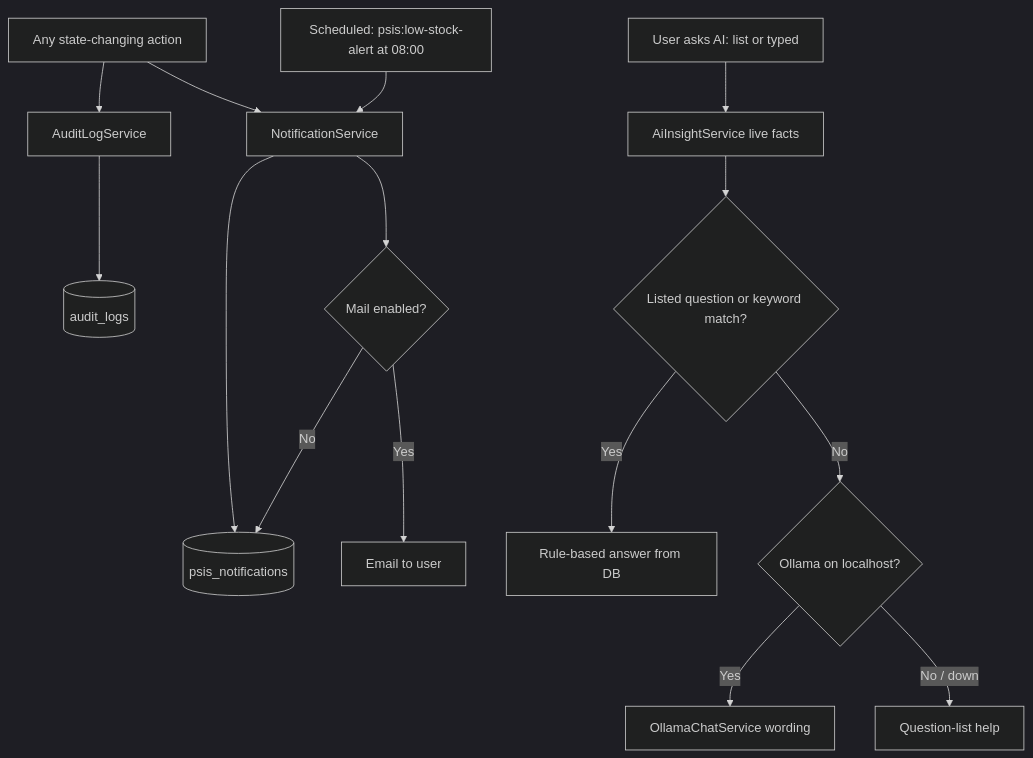
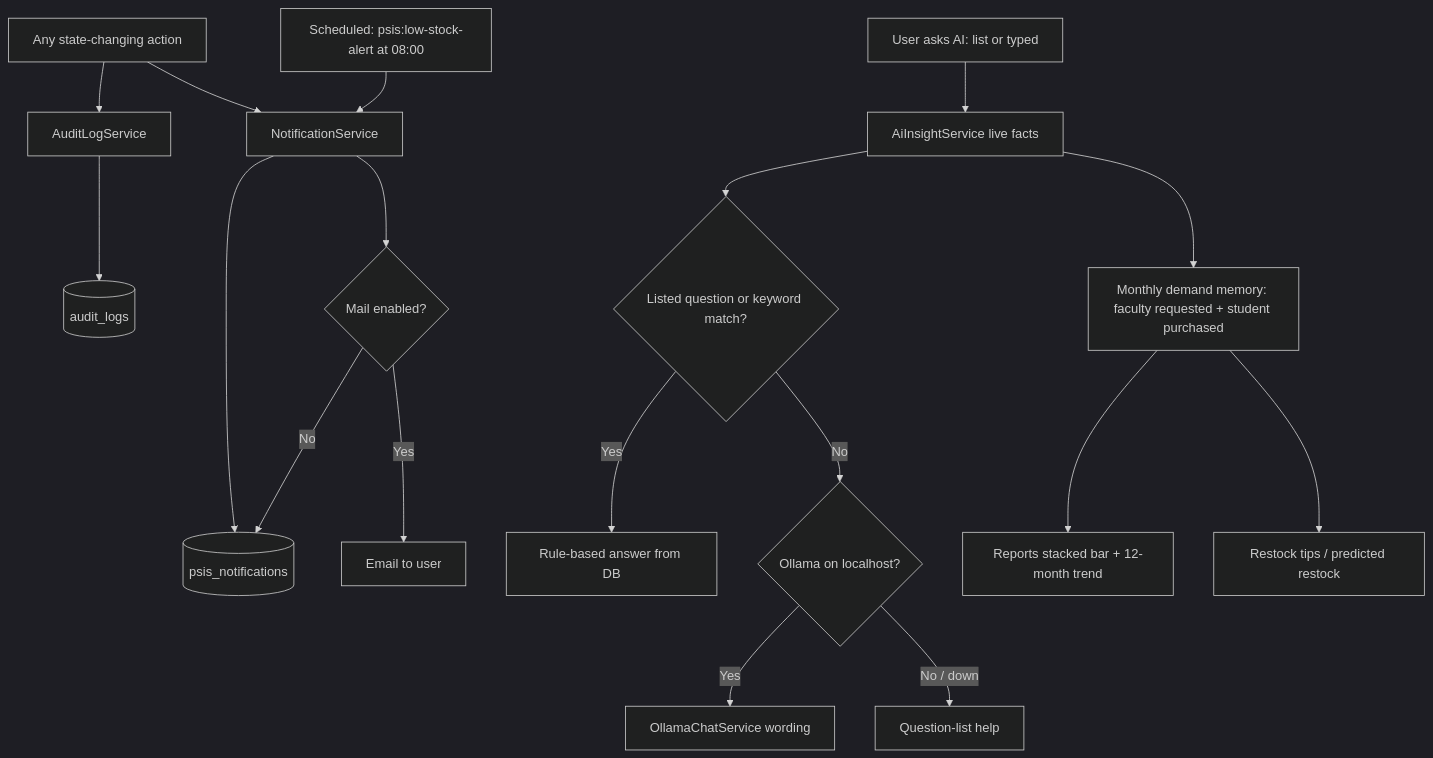
One commit to rhems95/PECIT-Smart-Inventory-System changed the eighth of 10 diagrams in docs/FLOWCHART.md. Above: the diagram before and after it, drawn with Mermaid (dark theme). The commit also changed other lines of this file and 44 other files, not shown here.

````diff
--- a/docs/FLOWCHART.md
+++ b/docs/FLOWCHART.md
@@ -202,19 +238,22 @@
 ```mermaid
 flowchart TD
     A[Any state-changing action] --> B[AuditLogService]
     B --> C[(audit_logs)]
 
     A --> D[NotificationService]
     D --> E[(psis_notifications)]
     D --> F{Mail enabled?}
     F -->|Yes| G[Email to user]
     F -->|No| E
 
     H[Scheduled: psis:low-stock-alert at 08:00] --> D
     I[User asks AI: list or typed] --> J[AiInsightService live facts]
     J --> K{Listed question or keyword match?}
     K -->|Yes| L[Rule-based answer from DB]
     K -->|No| M{Ollama on localhost?}
     M -->|Yes| N[OllamaChatService wording]
     M -->|No / down| O[Question-list help]
+    J --> DEM[Monthly demand memory: faculty requested + student purchased]
+    DEM --> REP[Reports stacked bar + 12-month trend]
+    DEM --> RST[Restock tips / predicted restock]
 ```
````
